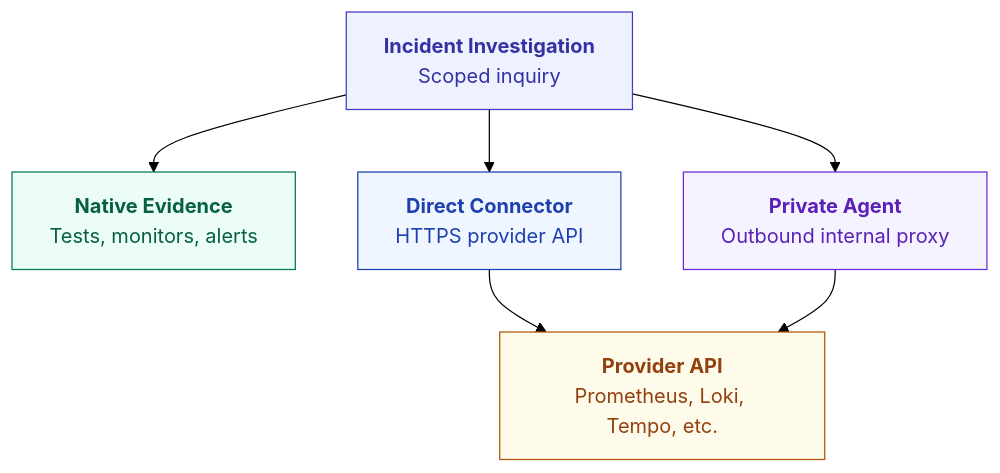
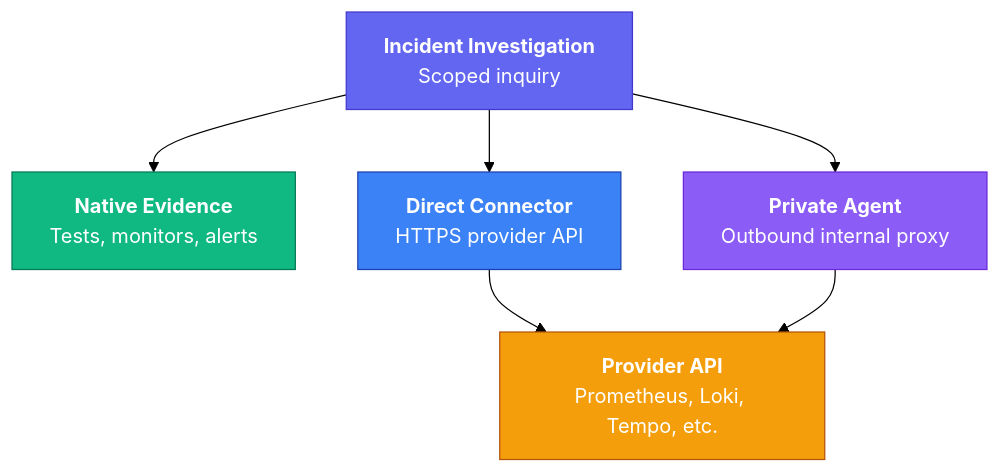
The first of 2 diagrams in docs/content/docs/app/investigate/connectors.mdx (supercheck-io/supercheck), drawn with Mermaid (forest theme) before and after one commit. The commit also changed other lines of this file and 17 other files, not shown here.

First line of the commit message:
docs: restore original colors, add AI SRE to architecture, reorganize + multi-color diagrams (#310)

````diff
--- a/docs/content/docs/app/investigate/connectors.mdx
+++ b/docs/content/docs/app/investigate/connectors.mdx
@@ -37,14 +37,14 @@
 ```mermaid
 flowchart TB
     Incident["<b>Incident Investigation</b><br/>Scoped inquiry"] --> Native["<b>Native Evidence</b><br/>Tests, monitors, alerts"]
     Incident --> Direct["<b>Direct Connector</b><br/>HTTPS provider API"]
     Incident --> Agent["<b>Private Agent</b><br/>Outbound internal proxy"]
     Direct --> Provider["<b>Provider API</b><br/>Prometheus, Loki, Tempo, etc."]
     Agent --> Provider
 
-    style Incident fill:#eef2ff,stroke:#4338ca,color:#3730a3
-    style Native fill:#ecfdf5,stroke:#047857,color:#065f46
-    style Direct fill:#eff6ff,stroke:#1e40af,color:#1e40af
-    style Agent fill:#f5f3ff,stroke:#6d28d9,color:#5b21b6
-    style Provider fill:#fffbeb,stroke:#b45309,color:#92400e
+    style Incident fill:#6366f1,stroke:#4338ca,color:#fff
+    style Native fill:#10b981,stroke:#047857,color:#fff
+    style Direct fill:#3b82f6,stroke:#1e40af,color:#fff
+    style Agent fill:#8b5cf6,stroke:#6d28d9,color:#fff
+    style Provider fill:#f59e0b,stroke:#b45309,color:#fff
 ```
````
